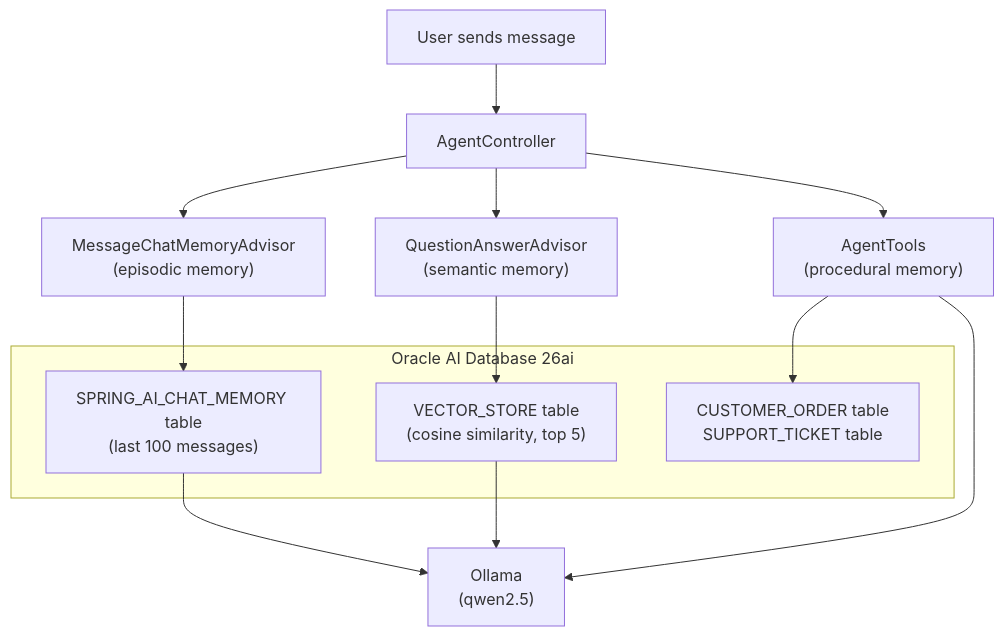
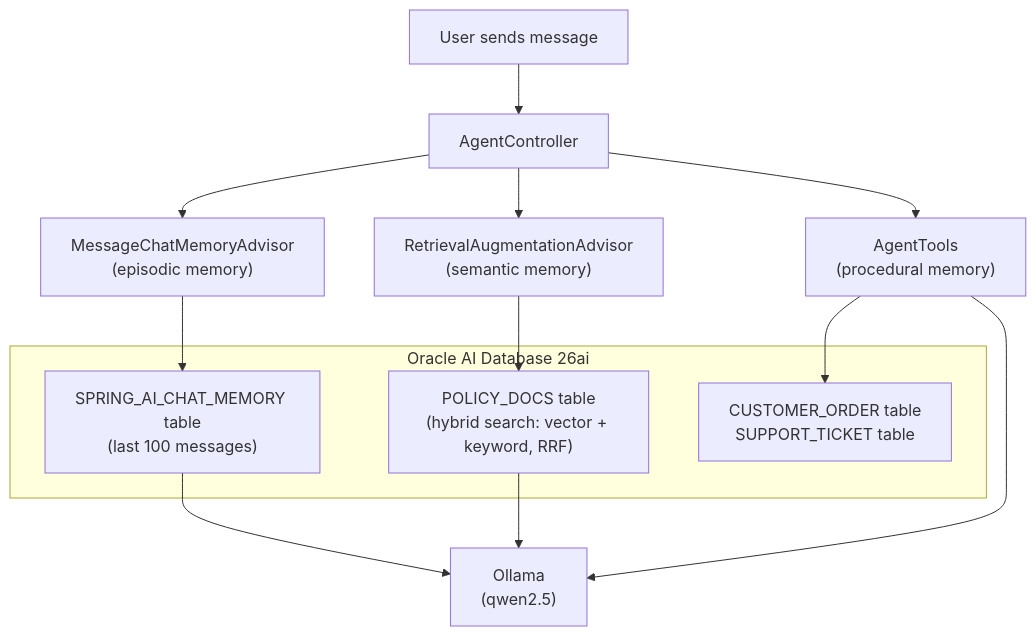
The second of 2 diagrams in docs/articles/blog.md (vmleon/oracle-database-java-agent-memory), drawn with Mermaid before and after one commit. The commit also changed other lines of this file and 13 other files, not shown here.

Commit message:
add hybrid vector search (OracleHybridDocumentRetriever + DBMS_HYBRID_VECTOR.SEARCH), policy docs seeder, structured logging, and update docs

````diff
--- a/docs/articles/blog.md
+++ b/docs/articles/blog.md
@@ -49,19 +51,19 @@
 ```mermaid
 graph TD
     User["User sends message"] --> Controller["AgentController"]
     Controller --> EpisodicAdvisor["MessageChatMemoryAdvisor<br/>(episodic memory)"]
-    Controller --> SemanticAdvisor["QuestionAnswerAdvisor<br/>(semantic memory)"]
+    Controller --> SemanticAdvisor["RetrievalAugmentationAdvisor<br/>(semantic memory)"]
     Controller --> Tools["AgentTools<br/>(procedural memory)"]
     EpisodicAdvisor --> ChatTable["SPRING_AI_CHAT_MEMORY table<br/>(last 100 messages)"]
-    SemanticAdvisor --> VectorTable["VECTOR_STORE table<br/>(cosine similarity, top 5)"]
+    SemanticAdvisor --> VectorTable["POLICY_DOCS table<br/>(hybrid search: vector + keyword, RRF)"]
     Tools --> OrdersTable["CUSTOMER_ORDER table<br/>SUPPORT_TICKET table"]
     ChatTable --> LLM["Ollama<br/>(qwen2.5)"]
     VectorTable --> LLM
     Tools --> LLM
 
     subgraph Oracle AI Database 26ai
         ChatTable
         VectorTable
         OrdersTable
     end
 ```
````
